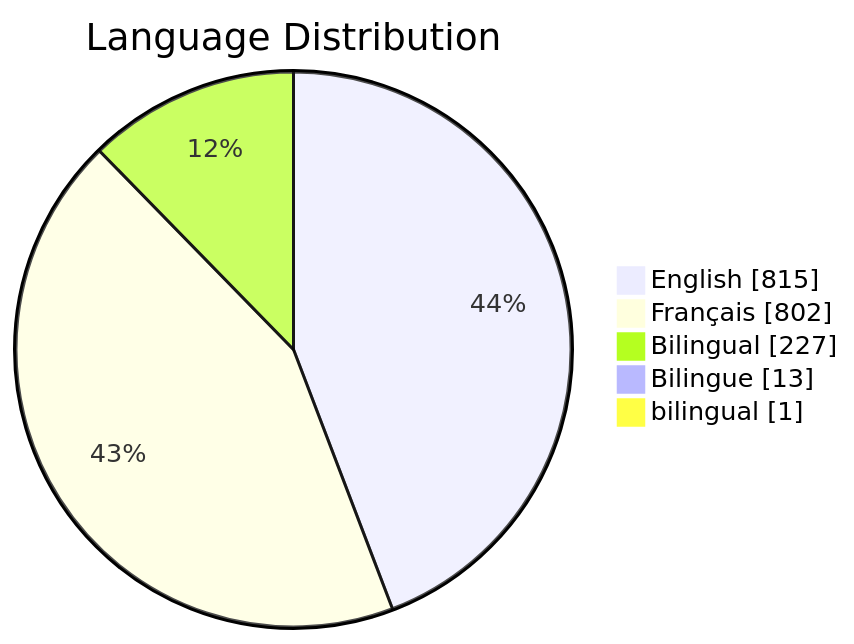
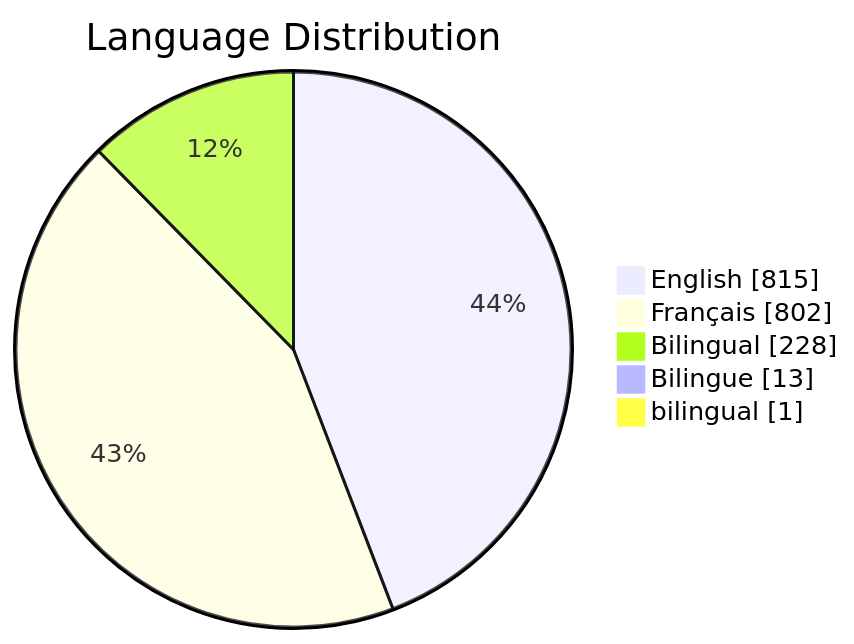
The third of 6 diagrams in README.md (PatLittle/GC-Socials), drawn with Mermaid before and after one commit. The commit also changed other lines of this file, not shown here.

Commit message:
Update README with Platform Distribution pie chart

````diff
--- a/README.md
+++ b/README.md
@@ -81,8 +82,8 @@
 ```mermaid
 pie showData title Language Distribution
     "English": 815
     "Français": 802
-    "Bilingual": 227
+    "Bilingual": 228
     "Bilingue": 13
     "bilingual": 1
 ```
````
